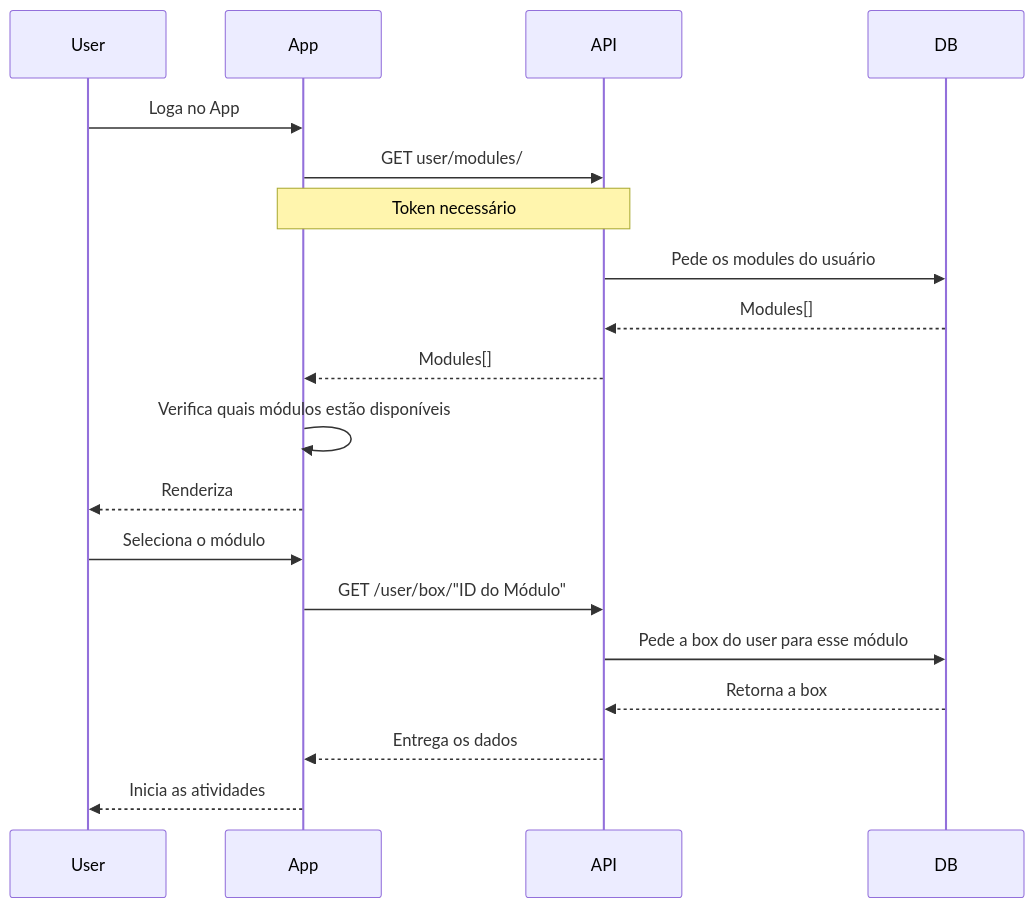
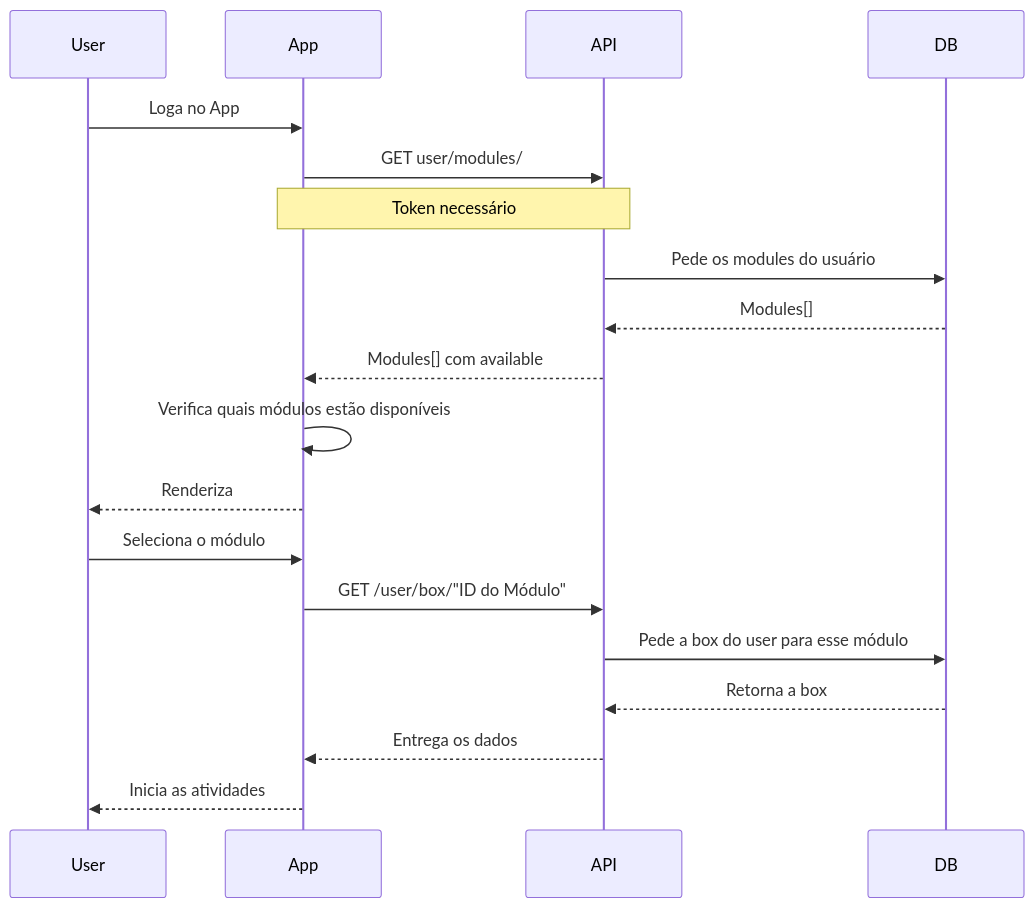
One commit to CITEI/Comunika changed the second of 3 diagrams in sequence/README.md. Above: the diagram before and after it, drawn with Mermaid. The commit also changed other lines of this file and 1 other file, not shown here.

````diff
--- a/sequence/README.md
+++ b/sequence/README.md
@@ -31,17 +31,17 @@
 ```mermaid
 sequenceDiagram
     User->>App: Loga no App
     App->>API: GET user/modules/
     Note over App,API: Token necessário
     API->>DB: Pede os modules do usuário
     DB-->>API: Modules[]
-    API-->>App: Modules[]
+    API-->>App: Modules[] com available
     App->>App: Verifica quais módulos estão disponíveis
     App-->>User: Renderiza
     User->>App: Seleciona o módulo
     App->>API: GET /user/box/"ID do Módulo"
     API->>DB: Pede a box do user para esse módulo
     DB-->>API: Retorna a box
     API-->>App: Entrega os dados
     App-->>User: Inicia as atividades
 ```
````
